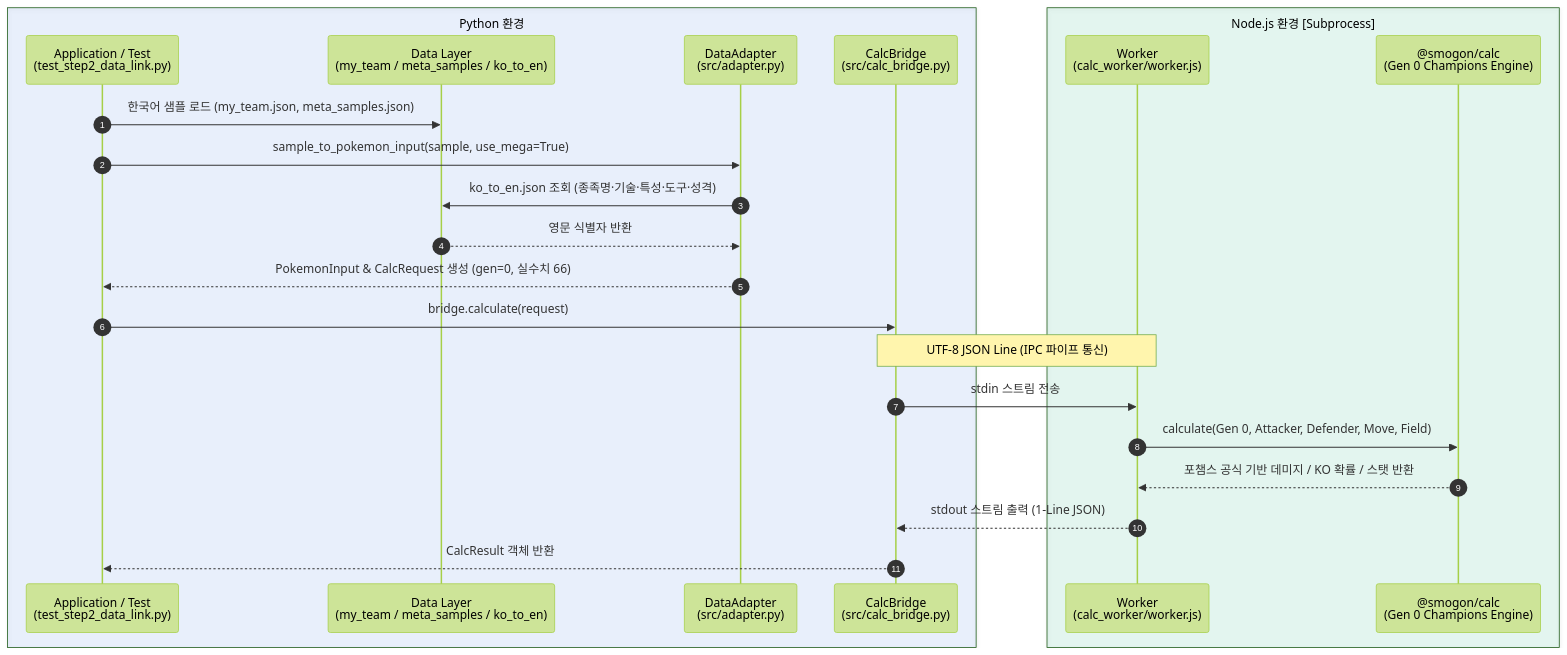
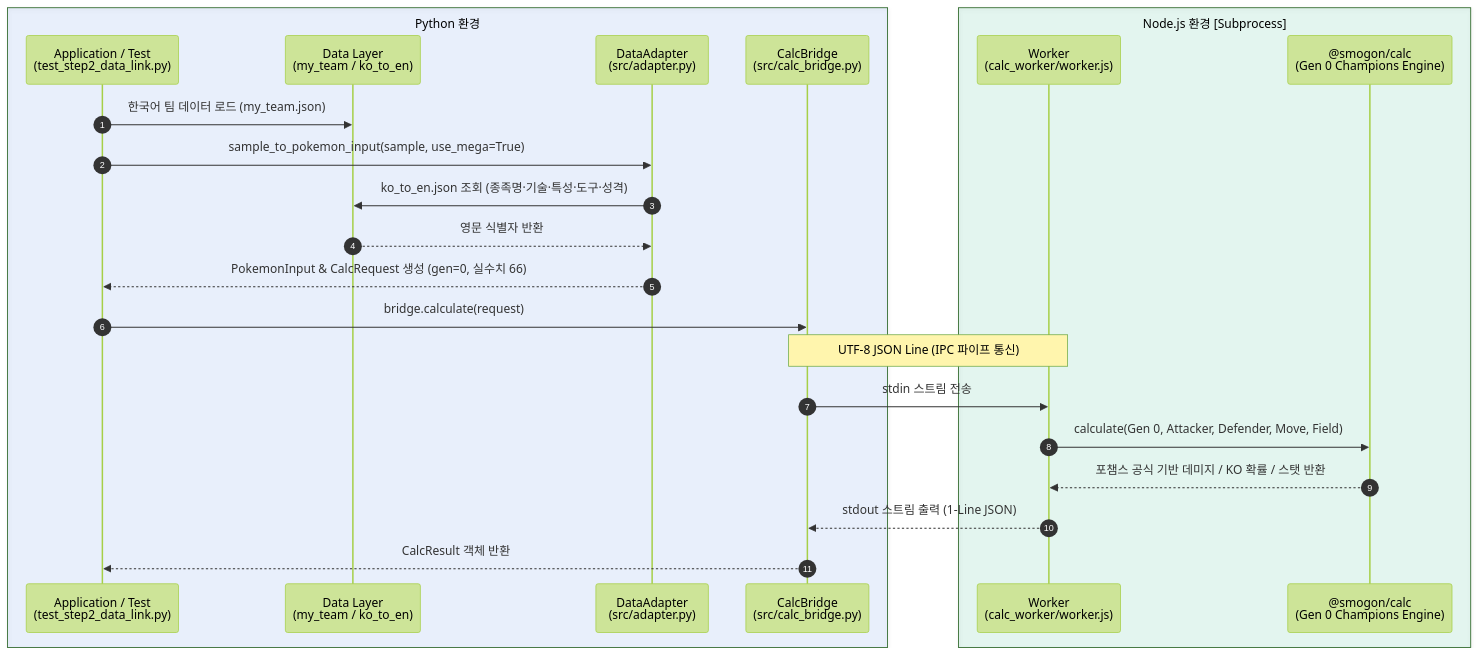
One commit to LGJ0405/pochamps-assistant changed the diagram in docs/STEP2_GUIDE.md. Above: the diagram before and after it, drawn with Mermaid (forest theme). The commit also changed other lines of this file and 3 other files, not shown here.

Commit message:
refactor: meta_samples 제거 및 my_team 기반 Step 2 테스트/문서 일원화

````diff
--- a/docs/STEP2_GUIDE.md
+++ b/docs/STEP2_GUIDE.md
@@ -47,27 +47,27 @@
 ```mermaid
 sequenceDiagram
     autonumber
     box rgba(59, 130, 246, 0.1) Python 환경
         participant A as Application / Test<br/>(test_step2_data_link.py)
-        participant DATA as Data Layer<br/>(my_team / meta_samples / ko_to_en)
+        participant DATA as Data Layer<br/>(my_team / ko_to_en)
         participant ADP as DataAdapter<br/>(src/adapter.py)
         participant B as CalcBridge<br/>(src/calc_bridge.py)
     end
     box rgba(16, 185, 129, 0.1) Node.js 환경 [Subprocess]
         participant C as Worker<br/>(calc_worker/worker.js)
         participant D as @smogon/calc<br/>(Gen 0 Champions Engine)
     end
 
-    A->>DATA: 한국어 샘플 로드 (my_team.json, meta_samples.json)
+    A->>DATA: 한국어 팀 데이터 로드 (my_team.json)
     A->>ADP: sample_to_pokemon_input(sample, use_mega=True)
     ADP->>DATA: ko_to_en.json 조회 (종족명·기술·특성·도구·성격)
     DATA-->>ADP: 영문 식별자 반환
     ADP-->>A: PokemonInput & CalcRequest 생성 (gen=0, 실수치 66)
     A->>B: bridge.calculate(request)
     Note over B,C: UTF-8 JSON Line (IPC 파이프 통신)
     B->>C: stdin 스트림 전송
     C->>D: calculate(Gen 0, Attacker, Defender, Move, Field)
     D-->>C: 포챔스 공식 기반 데미지 / KO 확률 / 스탯 반환
     C-->>B: stdout 스트림 출력 (1-Line JSON)
     B-->>A: CalcResult 객체 반환
 ```
````
